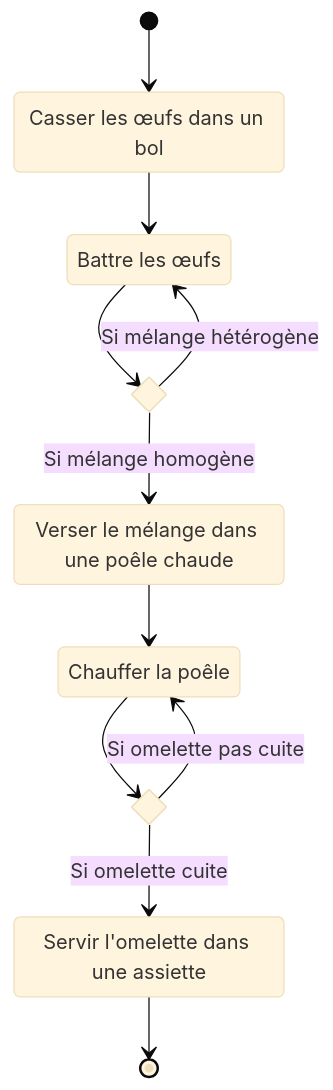
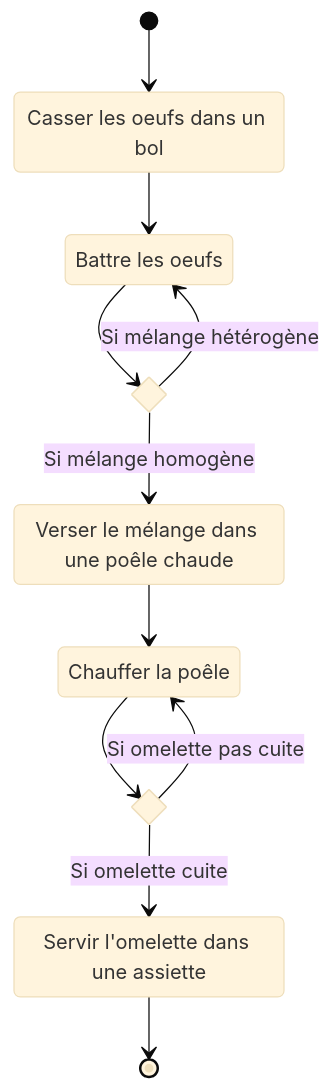
Before and after one commit to blueur/gymnase-2425: the third of 3 diagrams in static/slide/3cci-prog-organigramme.md, drawn with Mermaid (base theme). The commit also changed other lines of this file and 10 other files, not shown here.

````diff
--- a/static/slide/3cci-prog-organigramme.md
+++ b/static/slide/3cci-prog-organigramme.md
@@ -77,21 +77,21 @@
 ```mermaid full
 stateDiagram-v2
-  state "Casser les œufs dans un bol" as casser
-  state "Battre les œufs" as battre
+  state "Casser les oeufs dans un bol" as casser
+  state "Battre les oeufs" as battre
   state si_homogene <<choice>>
   state "Verser le mélange dans une poêle chaude" as verser
   state "Chauffer la poêle" as chauffer
   state si_cuit <<choice>>
   state "Servir l'omelette dans une assiette" as servir
 
   [*] --> casser
   casser --> battre
   battre --> si_homogene
   si_homogene --> verser: Si mélange homogène
   si_homogene --> battre: Si mélange hétérogène
   verser --> chauffer
   chauffer --> si_cuit
   si_cuit --> servir: Si omelette cuite
   si_cuit --> chauffer: Si omelette pas cuite
   servir --> [*]
 ```
````
